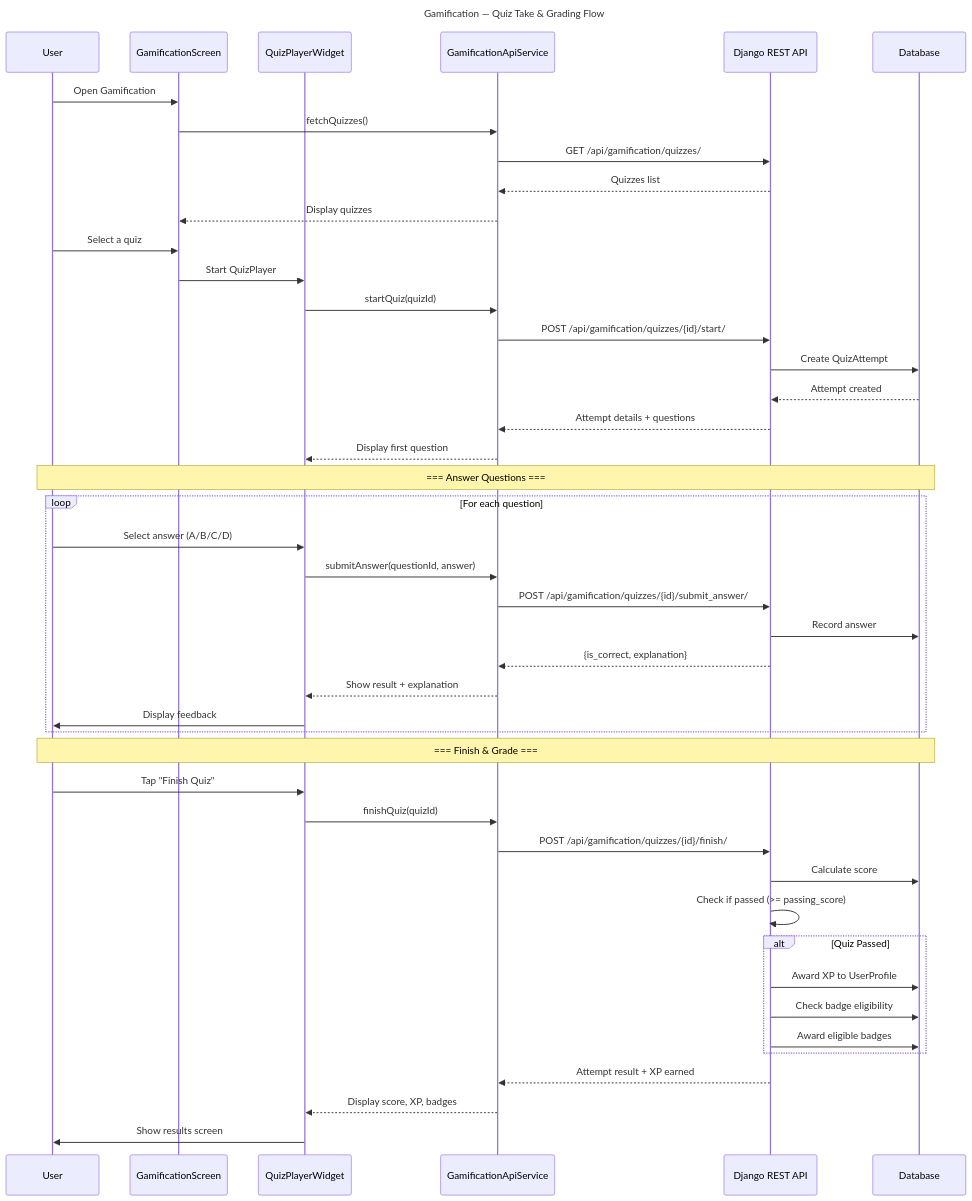
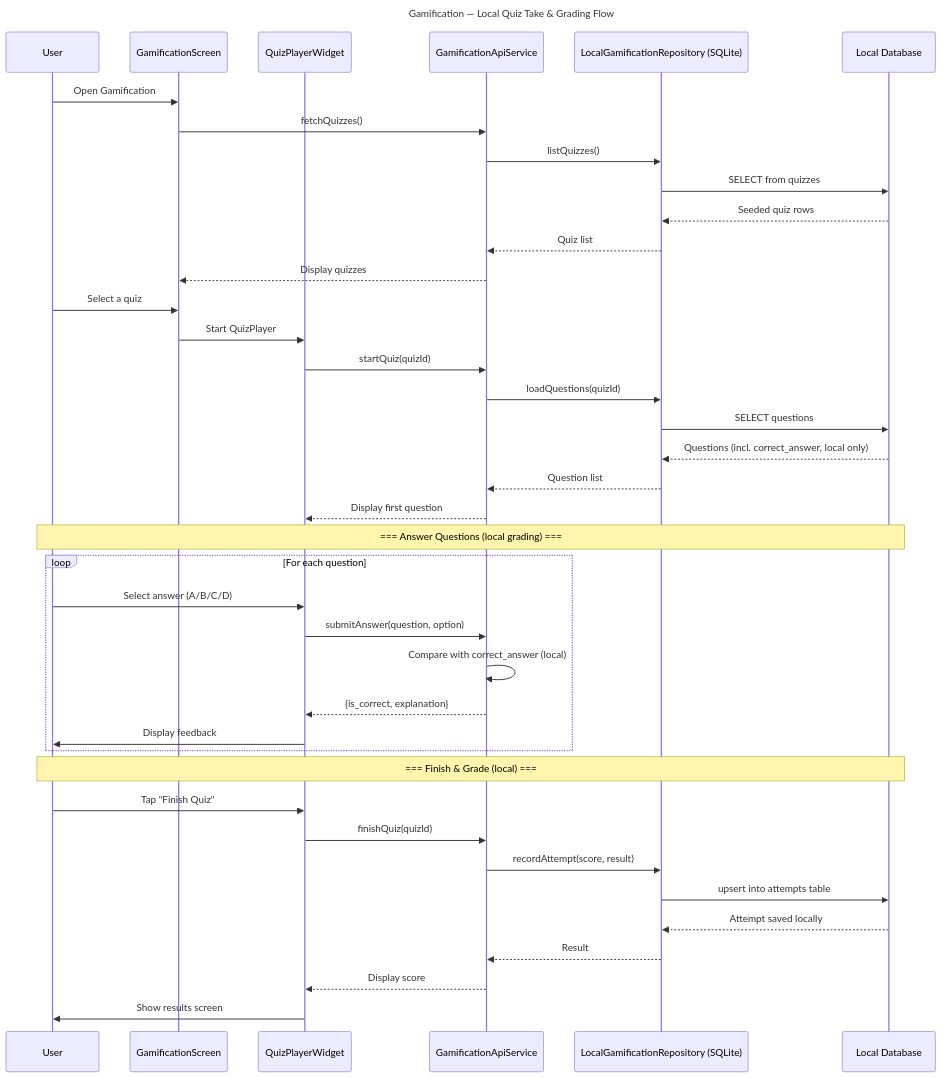
Before and after one commit to fabiljayson/Griot-2.0: the fourth of 6 diagrams in docs/diagrams/04-sequence-diagram.md, drawn with Mermaid. The commit also changed other lines of this file and 87 other files, not shown here.

````diff
--- a/docs/diagrams/04-sequence-diagram.md
+++ b/docs/diagrams/04-sequence-diagram.md
@@ -156,57 +185,51 @@
 ```mermaid
 sequenceDiagram
-    title Gamification — Quiz Take & Grading Flow
+    title Gamification — Local Quiz Take & Grading Flow
 
     participant U as User
     participant GS as GamificationScreen
     participant QP as QuizPlayerWidget
     participant GA as GamificationApiService
-    participant API as Django REST API
-    participant DB as Database
+    participant LQ as LocalGamificationRepository (SQLite)
+    participant DB as Local Database
 
     U->>GS: Open Gamification
     GS->>GA: fetchQuizzes()
-    GA->>API: GET /api/gamification/quizzes/
-    API-->>GA: Quizzes list
+    GA->>LQ: listQuizzes()
+    LQ->>DB: SELECT from quizzes
+    DB-->>LQ: Seeded quiz rows
+    LQ-->>GA: Quiz list
     GA-->>GS: Display quizzes
 
     U->>GS: Select a quiz
     GS->>QP: Start QuizPlayer
 
     QP->>GA: startQuiz(quizId)
-    GA->>API: POST /api/gamification/quizzes/{id}/start/
-    API->>DB: Create QuizAttempt
-    DB-->>API: Attempt created
-    API-->>GA: Attempt details + questions
+    GA->>LQ: loadQuestions(quizId)
+    LQ->>DB: SELECT questions
+    DB-->>LQ: Questions (incl. correct_answer, local only)
+    LQ-->>GA: Question list
     GA-->>QP: Display first question
 
-    Note over U,DB: === Answer Questions ===
+    Note over U,DB: === Answer Questions (local grading) ===
 
     loop For each question
         U->>QP: Select answer (A/B/C/D)
-        QP->>GA: submitAnswer(questionId, answer)
-        GA->>API: POST /api/gamification/quizzes/{id}/submit_answer/
-        API->>DB: Record answer
-        API-->>GA: {is_correct, explanation}
-        GA-->>QP: Show result + explanation
+        QP->>GA: submitAnswer(question, option)
+        GA->>GA: Compare with correct_answer (local)
+        GA-->>QP: {is_correct, explanation}
         QP->>U: Display feedback
     end
 
-    Note over U,DB: === Finish & Grade ===
+    Note over U,DB: === Finish & Grade (local) ===
 
     U->>QP: Tap "Finish Quiz"
     QP->>GA: finishQuiz(quizId)
-    GA->>API: POST /api/gamification/quizzes/{id}/finish/
-    API->>DB: Calculate score
-    API->>API: Check if passed (>= passing_score)
+    GA->>LQ: recordAttempt(score, result)
+    LQ->>DB: upsert into attempts table
+    DB-->>LQ: Attempt saved locally
+    LQ-->>GA: Result
 
-    alt Quiz Passed
-        API->>DB: Award XP to UserProfile
-        API->>DB: Check badge eligibility
-        API->>DB: Award eligible badges
-    end
-
-    API-->>GA: Attempt result + XP earned
-    GA-->>QP: Display score, XP, badges
+    GA-->>QP: Display score
     QP->>U: Show results screen
 ```
````
